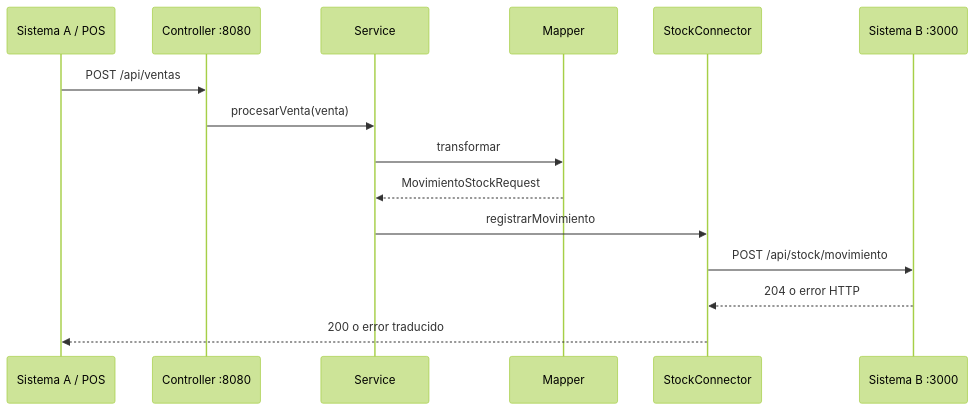
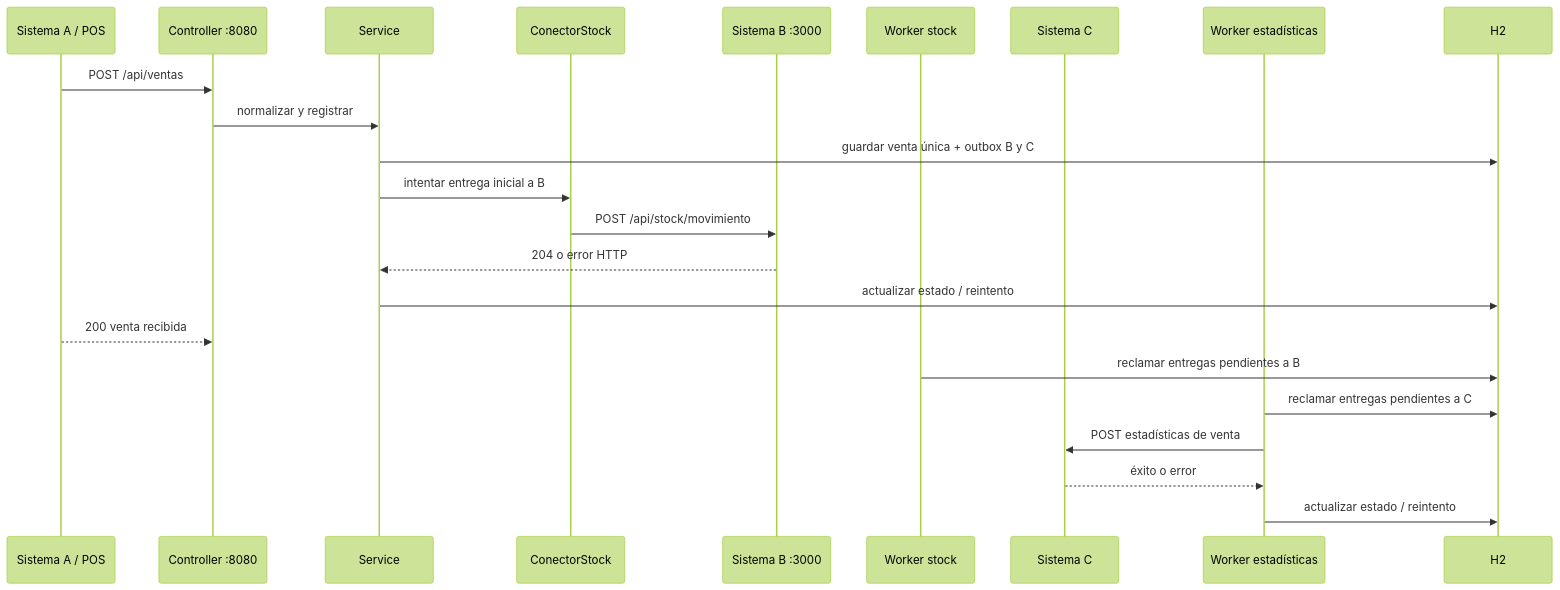
One commit to Totoroma/Principios-SOLID-y-separaci-n-de-responsabilidades changed the diagram in Docs/arquitectura.md. Above: the diagram before and after it, drawn with Mermaid (forest theme). The commit also changed other lines of this file and 50 other files, not shown here.

Commit message:
Implementa integración de ventas con reintentos y estadísticas

````diff
--- a/Docs/arquitectura.md
+++ b/Docs/arquitectura.md
@@ -10,18 +11,26 @@
 ```mermaid
 sequenceDiagram
     participant POS as Sistema A / POS
-    participant C as Controller :8080
+    participant API as Controller :8080
     participant S as Service
-    participant M as Mapper
-    participant K as StockConnector
+    participant K as ConectorStock
     participant B as Sistema B :3000
+    participant OB as Worker stock
+    participant SC as Sistema C
+    participant OC as Worker estadísticas
+    participant DB as H2
 
-    POS->>C: POST /api/ventas
-    C->>S: procesarVenta(venta)
-    S->>M: transformar
-    M-->>S: MovimientoStockRequest
-    S->>K: registrarMovimiento
+    POS->>API: POST /api/ventas
+    API->>S: normalizar y registrar
+    S->>DB: guardar venta única + outbox B y C
+    S->>K: intentar entrega inicial a B
     K->>B: POST /api/stock/movimiento
-    B-->>K: 204 o error HTTP
-    K-->>POS: 200 o error traducido
+    B-->>S: 204 o error HTTP
+    S->>DB: actualizar estado / reintento
+    POS-->>API: 200 venta recibida
+    OB->>DB: reclamar entregas pendientes a B
+    OC->>DB: reclamar entregas pendientes a C
+    OC->>SC: POST estadísticas de venta
+    SC-->>OC: éxito o error
+    OC->>DB: actualizar estado / reintento
 ```
````
